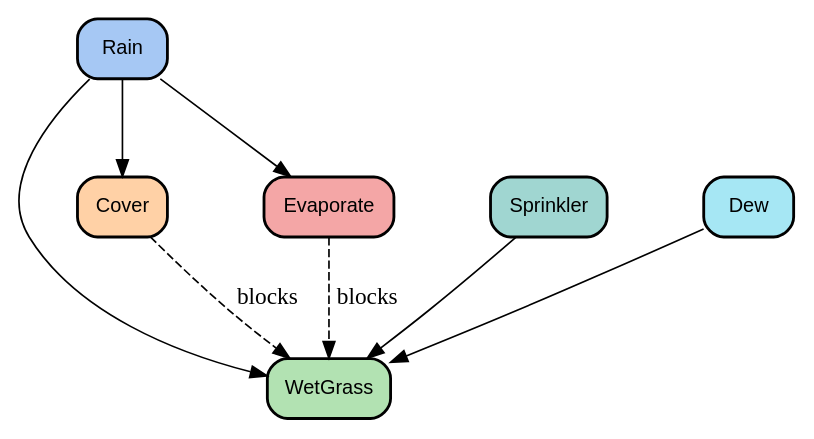
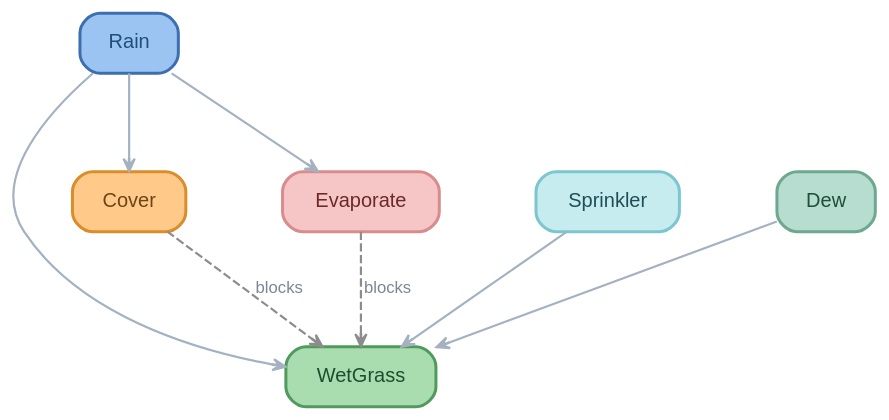
The first of 5 diagrams in .claude/templates/graphviz.template.md (causify-ai/helpers), drawn with Graphviz before and after one commit. The commit also changed other lines of this file and 86 other files, not shown here.

````diff
--- a/.claude/templates/graphviz.template.md
+++ b/.claude/templates/graphviz.template.md
@@ -5,30 +80,46 @@
-  ```graphviz
-  digraph <name> {
-      splines=true;
-      nodesep=0.8;
-      ranksep=0.8;
+```graphviz
+digraph Sprinkler {
+    bgcolor="transparent";
+    pad="0.15";
+    splines=spline;
+    nodesep=0.8;
+    ranksep=0.8;
 
-      node [shape=box, style="rounded,filled", fontname="Helvetica", fontsize=12, penwidth=1.7];
+    node [shape=box,
+          style="rounded,filled",
+          penwidth=1.8,
+          fontname="Helvetica",
+          fontsize=12,
+          margin="0.22,0.14",
+          height=0.50];
 
-      // Nodes
-      Rain       [label="Rain", fillcolor="#A6C8F4"];
-      WetGrass   [label="WetGrass", fillcolor="#B2E2B2"];
-      Cover      [label="Cover", fillcolor="#FFD1A6"];
-      Evaporate  [label="Evaporate", fillcolor="#F4A6A6"];
-      Sprinkler  [label="Sprinkler", fillcolor="#A0D6D1"];
-      Dew        [label="Dew", fillcolor="#A6E7F4"];
+    edge [color="#A3B1C0",
+          penwidth=1.3,
+          arrowhead=vee,
+          arrowsize=0.75,
+          fontname="Helvetica",
+          fontsize=10,
+          fontcolor="#7B8794"];
 
-      // Force ranks
-      { rank=same; Cover; Evaporate; }
-      { rank=same; Sprinkler; Dew; }
+    // Nodes
+    Rain       [label="Rain", fillcolor="#9CC4F2", color="#3C6FB0", fontcolor="#1F4E79"];
+    WetGrass   [label="WetGrass", fillcolor="#A9DDB0", color="#4F9A5C", fontcolor="#1F4E2E"];
+    Cover      [label="Cover", fillcolor="#FFC98A", color="#D98E2B", fontcolor="#6B4517"];
+    Evaporate  [label="Evaporate", fillcolor="#F6C6C6", color="#D98C8C", fontcolor="#6B2A2A"];
+    Sprinkler  [label="Sprinkler", fillcolor="#C7ECF0", color="#7CC6D0", fontcolor="#1F4E56"];
+    Dew        [label="Dew", fillcolor="#B7DDD0", color="#6FA890", fontcolor="#1F4E39"];
 
-      // Edges
-      Rain -> WetGrass;
-      Rain -> Cover;
-      Rain -> Evaporate;
-      Cover -> WetGrass [label="blocks", style=dashed];
-      Evaporate -> WetGrass [label="blocks", style=dashed];
-      Sprinkler -> WetGrass;
-      Dew -> WetGrass;
-  }
-  ```
+    // Force ranks
+    { rank=same; Cover; Evaporate; }
+    { rank=same; Sprinkler; Dew; }
+
+    // Edges
+    Rain -> WetGrass;
+    Rain -> Cover;
+    Rain -> Evaporate;
+    Cover -> WetGrass [label="blocks", style=dashed, color="#8C8C8C"];
+    Evaporate -> WetGrass [label="blocks", style=dashed, color="#8C8C8C"];
+    Sprinkler -> WetGrass;
+    Dew -> WetGrass;
+}
+```
````
